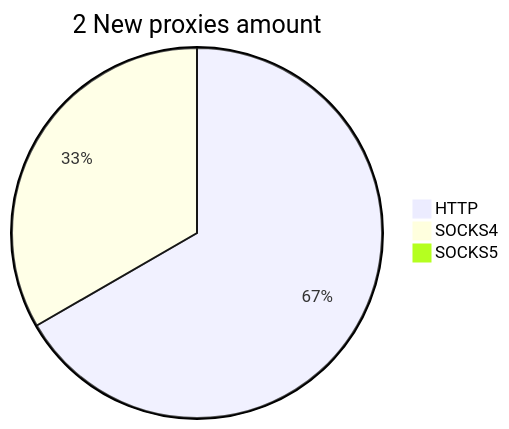
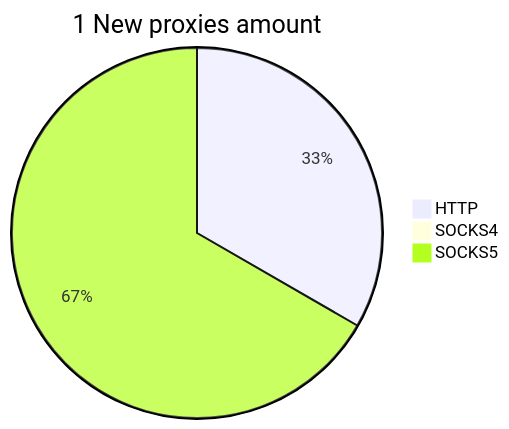
One commit to cutipu/proxylist changed the second of 2 diagrams in README.md. Above: the diagram before and after it, drawn with Mermaid. The commit also changed other lines of this file, not shown here.

````diff
--- a/README.md
+++ b/README.md
@@ -10,6 +10,6 @@
 ```mermaid
-pie title 2 New proxies amount
-    "HTTP" : 2
-    "SOCKS4" : 1
-    "SOCKS5" : 0
+pie title 1 New proxies amount
+    "HTTP" : 1
+    "SOCKS4" : 0
+    "SOCKS5" : 2
 ```
````
